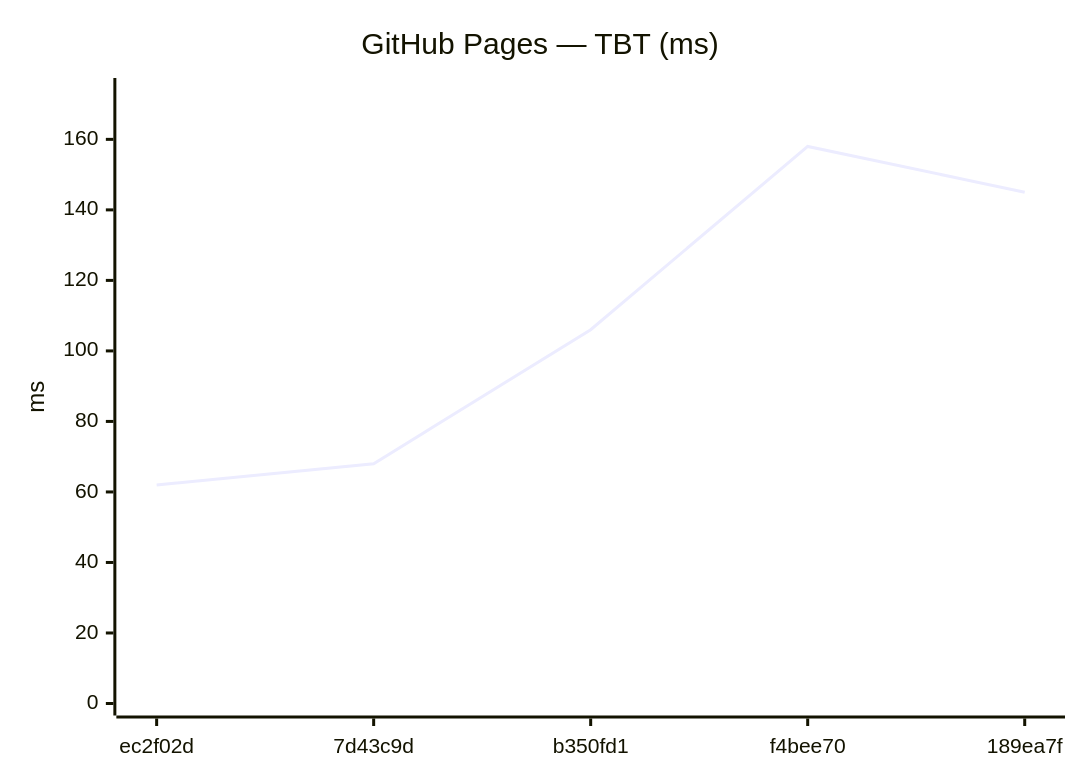
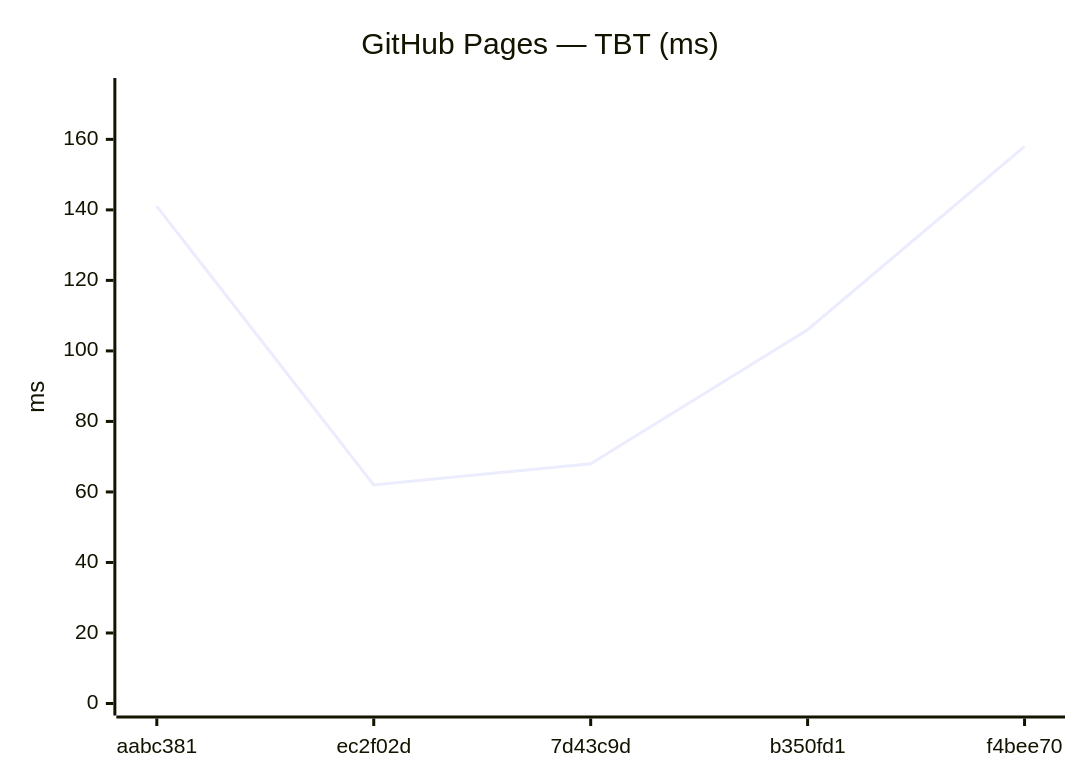
Before and after one commit to Metaheurist/Rianell: the tenth of 18 diagrams in benchmarks/compare.md, drawn with Mermaid. The commit also changed other lines of this file and 11 other files, not shown here.

````diff
--- a/benchmarks/compare.md
+++ b/benchmarks/compare.md
@@ -149,7 +149,7 @@
 ```mermaid
 xychart-beta
     title "GitHub Pages — TBT (ms)"
-    x-axis ["ec2f02d", "7d43c9d", "b350fd1", "f4bee70", "189ea7f"]
+    x-axis ["aabc381", "ec2f02d", "7d43c9d", "b350fd1", "f4bee70"]
     y-axis "ms" 0 --> 174
-    line [62, 68, 106, 158, 145]
+    line [141, 62, 68, 106, 158]
 ```
````
